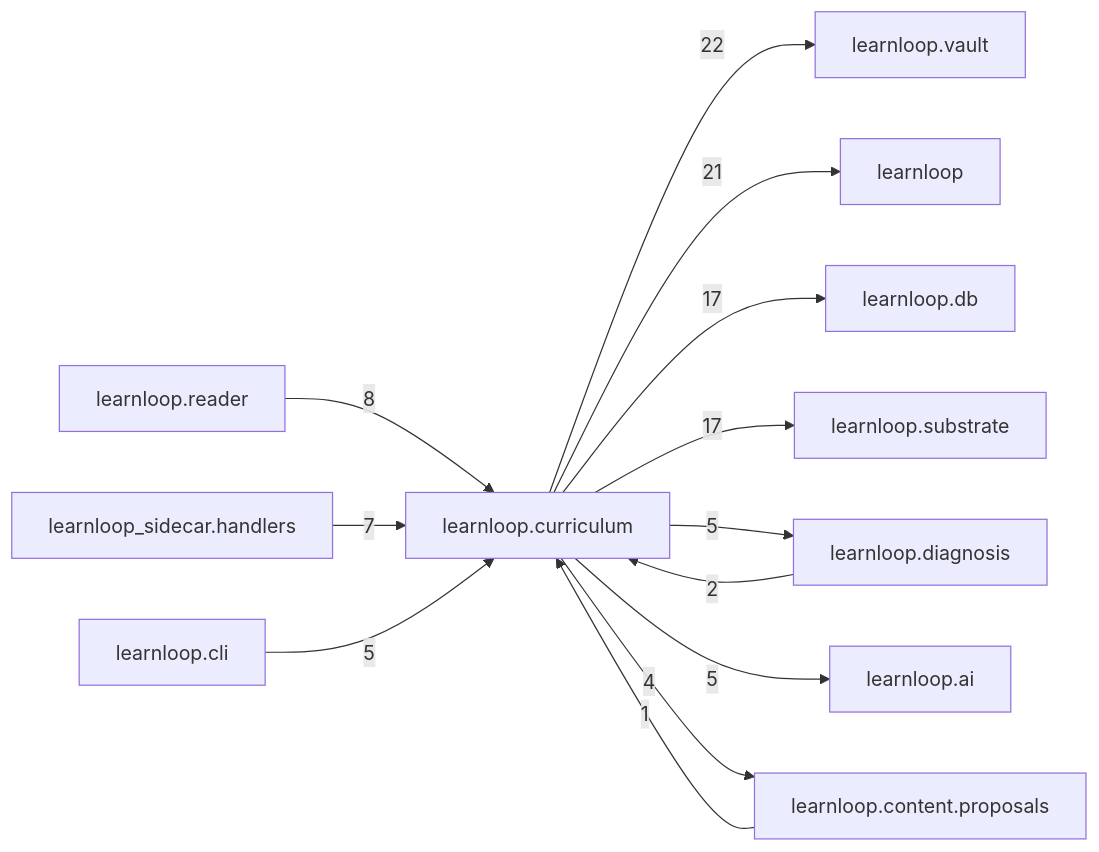
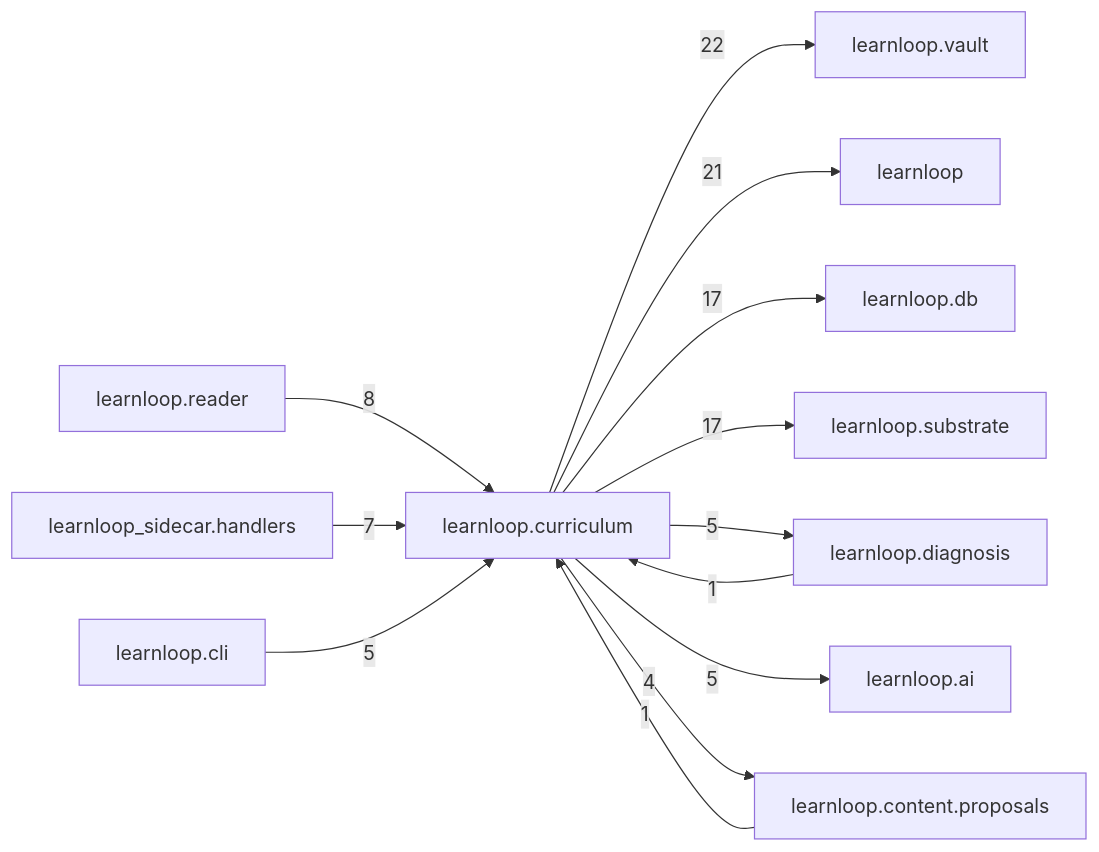
The diagram in docs/learnloop-architecture-vault/Reference/Modules/learnloop/curriculum/_package.md (6up-b/learnanything), drawn with Mermaid before and after one commit. The commit also changed other lines of this file and 52 other files, not shown here.

````diff
--- a/docs/learnloop-architecture-vault/Reference/Modules/learnloop/curriculum/_package.md
+++ b/docs/learnloop-architecture-vault/Reference/Modules/learnloop/curriculum/_package.md
@@ -128,26 +128,26 @@
 ```mermaid
 flowchart LR
     center["learnloop.curriculum"]
     n_learnloop_vault["learnloop.vault"]
     n_learnloop["learnloop"]
     n_learnloop_db["learnloop.db"]
     n_learnloop_substrate["learnloop.substrate"]
     n_learnloop_reader["learnloop.reader"]
+    n_learnloop_sidecar_handlers["learnloop_sidecar.handlers"]
     n_learnloop_diagnosis["learnloop.diagnosis"]
-    n_learnloop_sidecar_handlers["learnloop_sidecar.handlers"]
     n_learnloop_ai["learnloop.ai"]
     n_learnloop_cli["learnloop.cli"]
     n_learnloop_content_proposals["learnloop.content.proposals"]
     center -->|22| n_learnloop_vault
     center -->|21| n_learnloop
     center -->|17| n_learnloop_db
     center -->|17| n_learnloop_substrate
     n_learnloop_reader -->|8| center
-    n_learnloop_diagnosis -->|2| center
+    n_learnloop_sidecar_handlers -->|7| center
+    n_learnloop_diagnosis -->|1| center
     center -->|5| n_learnloop_diagnosis
-    n_learnloop_sidecar_handlers -->|7| center
     center -->|5| n_learnloop_ai
     n_learnloop_cli -->|5| center
     n_learnloop_content_proposals -->|1| center
     center -->|4| n_learnloop_content_proposals
 ```
````
